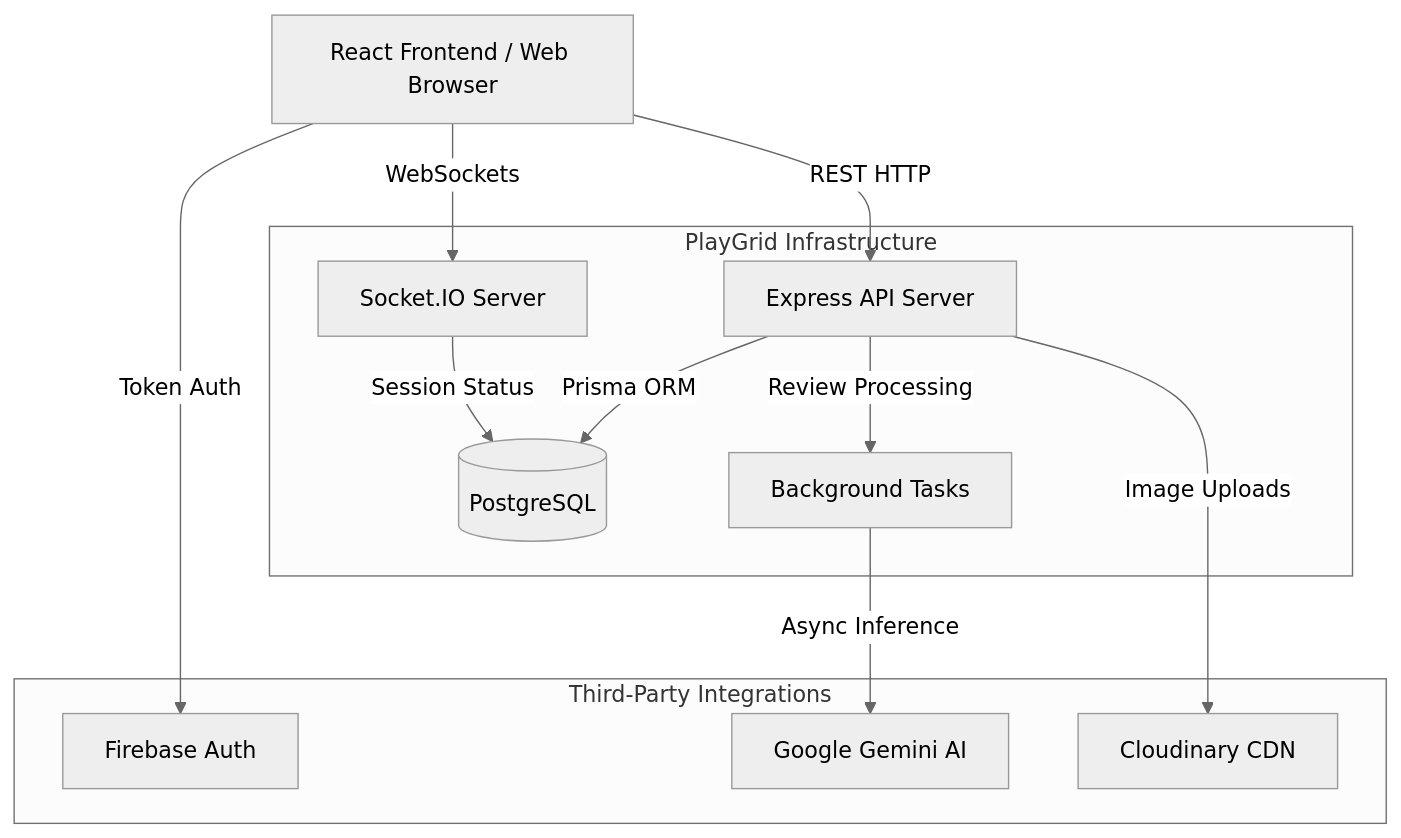
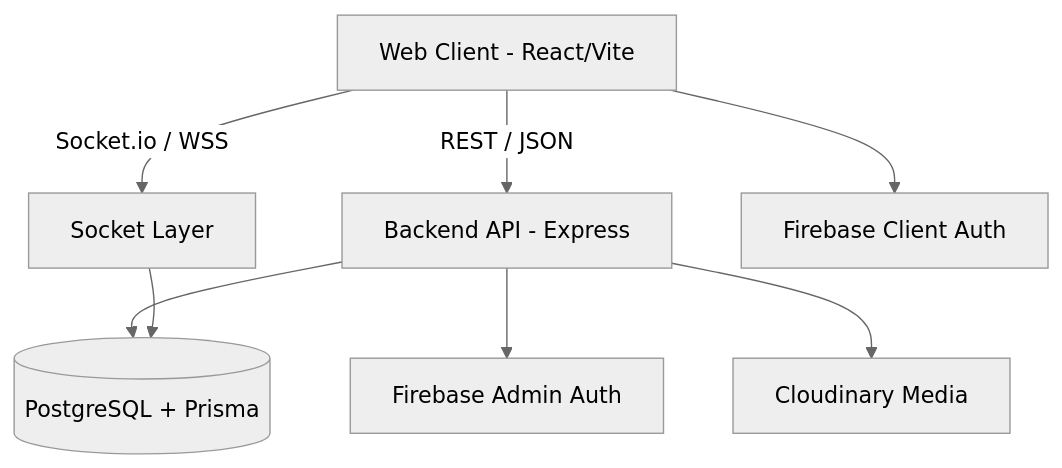
One commit to sathvikreddy369/playgrid changed the diagram in docs/ARCHITECTURE.md. Above: the diagram before and after it, drawn with Mermaid (neutral theme). The commit also changed other lines of this file and 52 other files, not shown here.

````diff
--- a/docs/ARCHITECTURE.md
+++ b/docs/ARCHITECTURE.md
@@ -7,28 +7,10 @@
 ```mermaid
 graph TD
-    Client[React Frontend / Web Browser]
-    
-    subgraph PlayGrid Infrastructure
-        API[Express API Server]
-        WSS[Socket.IO Server]
-        DB[(PostgreSQL)]
-        Worker[Background Tasks]
-    end
-    
-    subgraph Third-Party Integrations
-        Firebase[Firebase Auth]
-        Gemini[Google Gemini AI]
-        Cloudinary[Cloudinary CDN]
-    end
-
-    Client -- REST HTTP --> API
-    Client -- WebSockets --> WSS
-    Client -- Token Auth --> Firebase
-    
-    API -- Prisma ORM --> DB
-    WSS -- Session Status --> DB
-    API -- Review Processing --> Worker
-    
-    Worker -- Async Inference --> Gemini
-    API -- Image Uploads --> Cloudinary
+    Client[Web Client - React/Vite] -->|REST / JSON| Express[Backend API - Express]
+    Client -->|Socket.io / WSS| Sockets[Socket Layer]
+    Express --> DB[(PostgreSQL + Prisma)]
+    Sockets --> DB
+    Express --> Auth[Firebase Admin Auth]
+    Client --> Firebase[Firebase Client Auth]
+    Express --> Cloudinary[Cloudinary Media]
 ```
````
